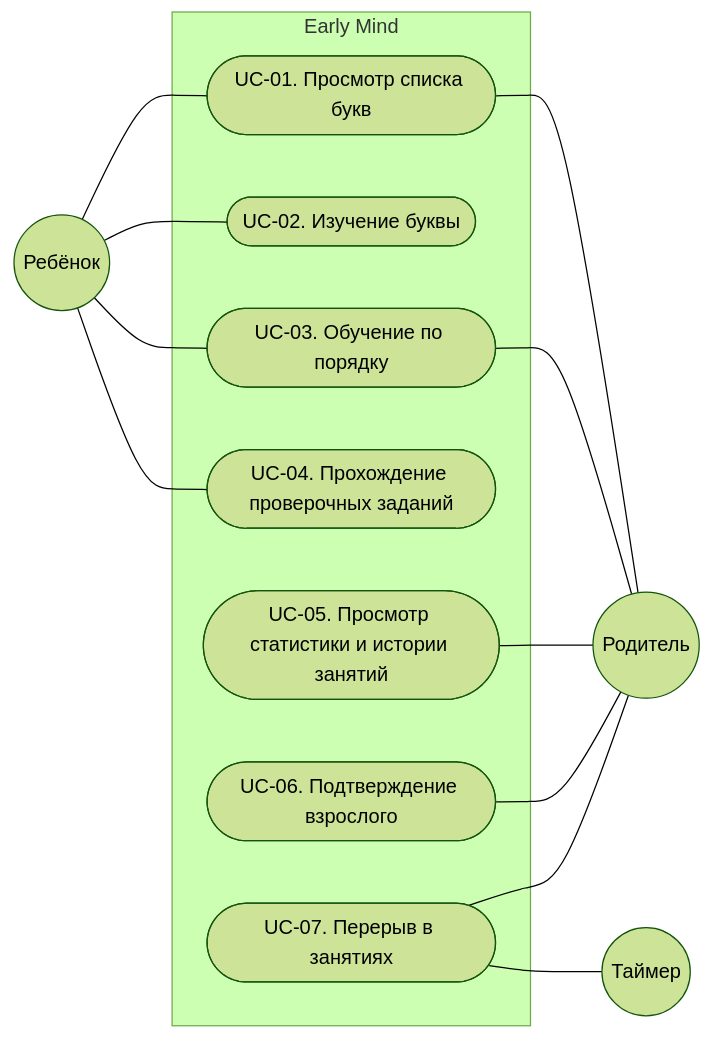
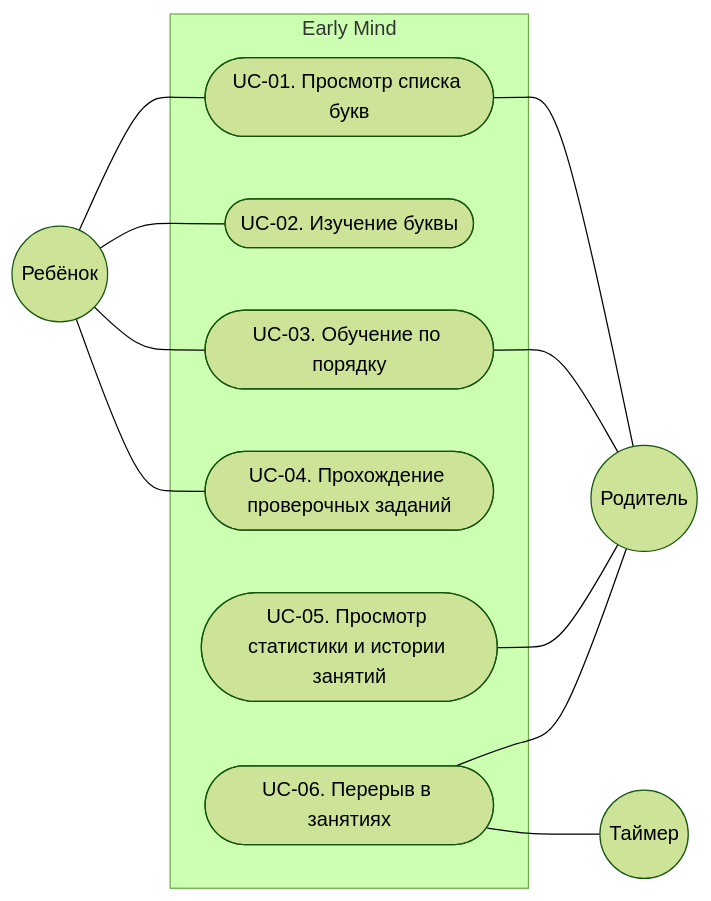
Before and after one commit to nsat1/early-mind: the diagram in docs/requirements/use-cases.md, drawn with Mermaid (forest theme). The commit also changed other lines of this file and 3 other files, not shown here.

````diff
--- a/docs/requirements/use-cases.md
+++ b/docs/requirements/use-cases.md
@@ -13,25 +13,23 @@
 ```mermaid
 flowchart LR
     child((Ребёнок))
     subgraph system [Early Mind]
         uc01([UC-01. Просмотр списка букв])
         uc02([UC-02. Изучение буквы])
         uc03([UC-03. Обучение по порядку])
         uc04([UC-04. Прохождение проверочных заданий])
         uc05([UC-05. Просмотр статистики и истории занятий])
-        uc06([UC-06. Подтверждение взрослого])
-        uc07([UC-07. Перерыв в занятиях])
+        uc06([UC-06. Перерыв в занятиях])
     end
     parent((Родитель))
     timer((Таймер))
     child --- uc01
     child --- uc02
     child --- uc03
     child --- uc04
     uc01 --- parent
     uc03 --- parent
     uc05 --- parent
     uc06 --- parent
-    uc07 --- parent
-    uc07 --- timer
+    uc06 --- timer
 ```
````
